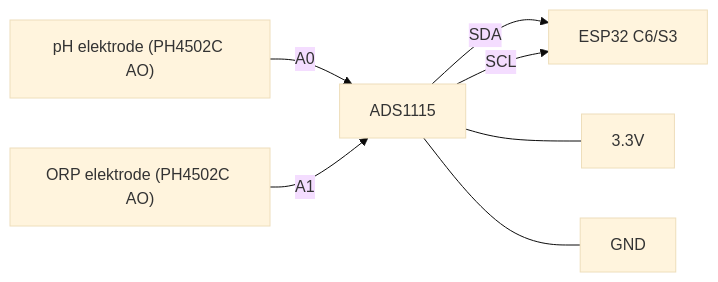
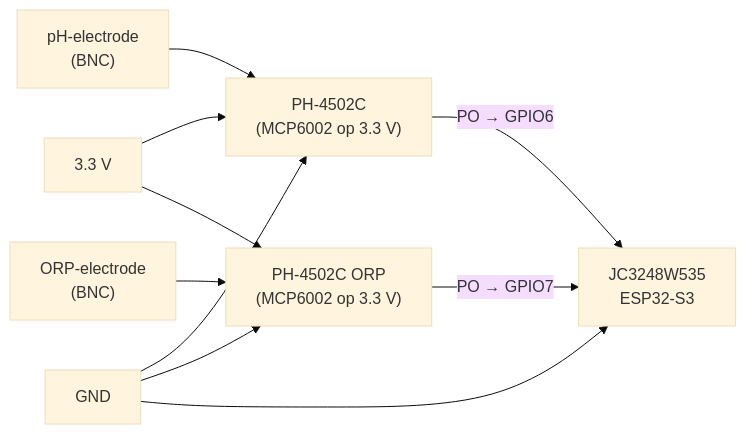
Before and after one commit to rvbcrs/PoolLab: the first of 3 diagrams in README.md, drawn with Mermaid (base theme). The commit also changed other lines of this file and 13 other files, not shown here.

Commit message:
feat: Replace Tuya sniffer with direct analog pH/ORP/Temp sensing, update platform to ESP32-S3, and clean up old files.

````diff
--- a/README.md
+++ b/README.md
@@ -353,9 +75,12 @@
 ```mermaid
 flowchart LR
-  PH["pH elektrode (PH4502C AO)"] -->|A0| ADS[ADS1115]
-  ORP["ORP elektrode (PH4502C AO)"] -->|A1| ADS
-  ADS -- SDA --> MCU[ESP32 C6/S3]
-  ADS -- SCL --> MCU
-  ADS --- V33["3.3V"]
-  ADS --- GND1["GND"]
+  PH_PROBE["pH‑electrode\n(BNC)"] --> PH_BOARD["PH‑4502C\n(MCP6002 op 3.3 V)"]
+  ORP_PROBE["ORP‑electrode\n(BNC)"] --> ORP_BOARD["PH‑4502C ORP\n(MCP6002 op 3.3 V)"]
+  PH_BOARD  --"PO → GPIO6"--> MCU["JC3248W535\nESP32‑S3"]
+  ORP_BOARD --"PO → GPIO7"--> MCU
+  V33["3.3 V"] --> PH_BOARD
+  V33         --> ORP_BOARD
+  GND["GND"]  --> PH_BOARD
+  GND         --> ORP_BOARD
+  GND         --> MCU
 ```
````
